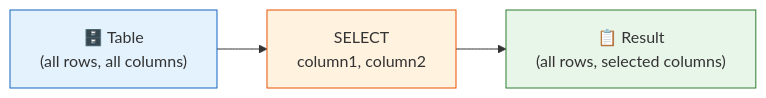
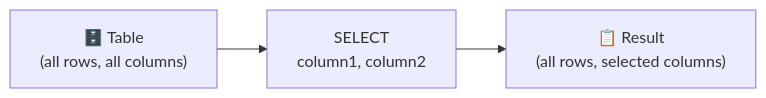
One commit to civilian7/sql-tutorial changed the diagram in docs/en/beginner/01-select.md. Above: the diagram before and after it, drawn with Mermaid. The commit also changed other lines of this file and 101 other files, not shown here.

````diff
--- a/docs/en/beginner/01-select.md
+++ b/docs/en/beginner/01-select.md
@@ -5,7 +5,4 @@
 ```mermaid
 flowchart LR
     T["🗄️ Table\n(all rows, all columns)"] --> S["SELECT\ncolumn1, column2"] --> R["📋 Result\n(all rows, selected columns)"]
-    style T fill:#e3f2fd,stroke:#1565c0
-    style S fill:#fff3e0,stroke:#e65100
-    style R fill:#e8f5e9,stroke:#2e7d32
 ```
````
